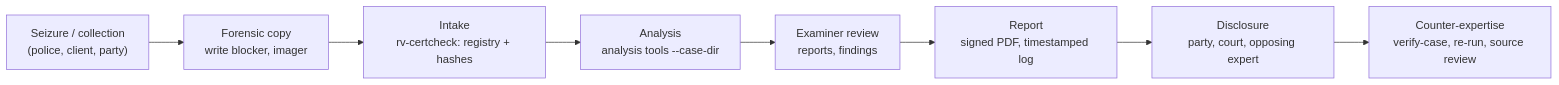
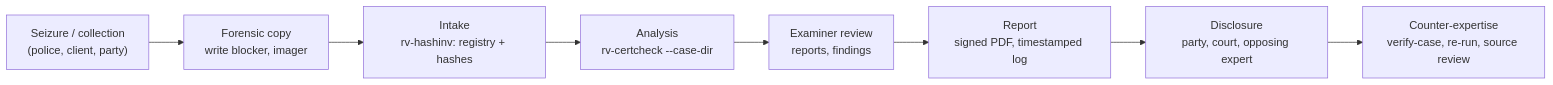
The first of 3 diagrams in docs/admissibility.md (Panacota96/rv-certcheck), drawn with Mermaid before and after one commit. The commit also changed other lines of this file, not shown here.

````diff
--- a/docs/admissibility.md
+++ b/docs/admissibility.md
@@ -93,10 +104,10 @@
 ```mermaid
 flowchart LR
     A["Seizure / collection<br/>(police, client, party)"] --> B["Forensic copy<br/>write blocker, imager"]
-    B --> C["Intake<br/>rv-certcheck: registry + hashes"]
-    C --> D["Analysis<br/>analysis tools --case-dir"]
+    B --> C["Intake<br/>rv-hashinv: registry + hashes"]
+    C --> D["Analysis<br/>rv-certcheck --case-dir"]
     D --> E["Examiner review<br/>reports, findings"]
     E --> F["Report<br/>signed PDF, timestamped log"]
     F --> G["Disclosure<br/>party, court, opposing expert"]
     G --> H["Counter-expertise<br/>verify-case, re-run, source review"]
 ```
````
